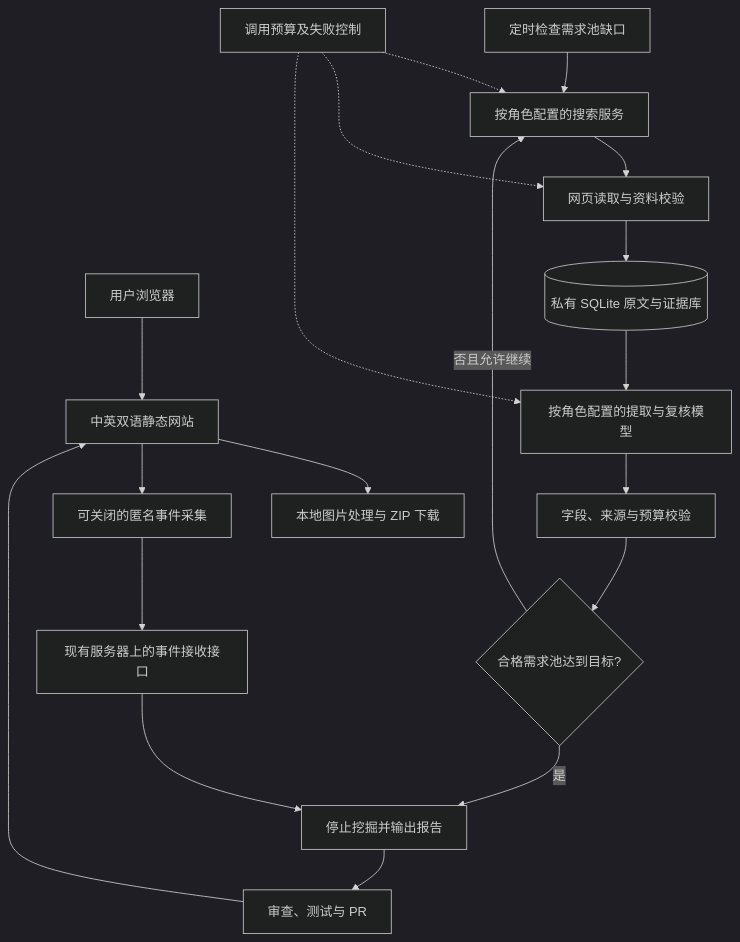
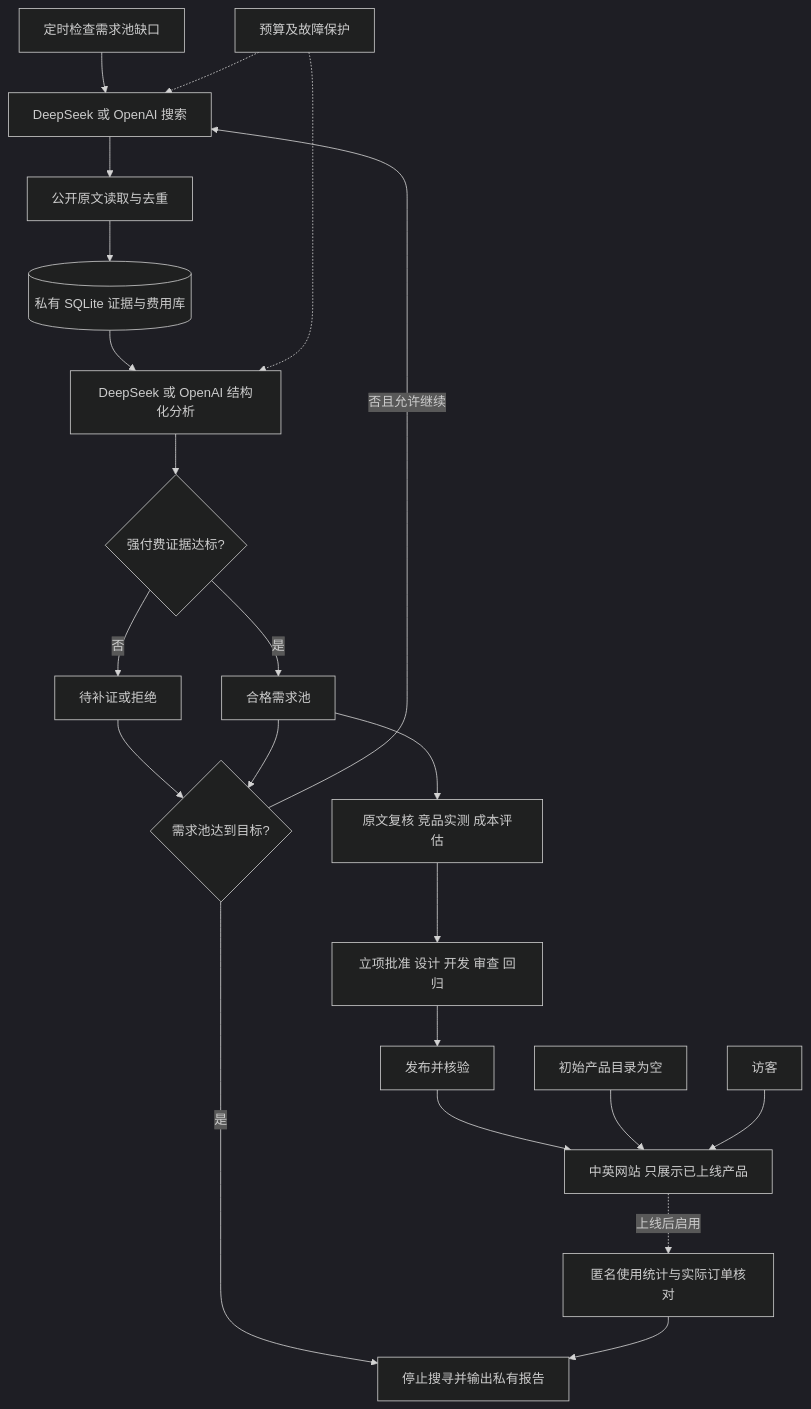
Before and after one commit to yyl1212/creative: the diagram in docs/superpowers/specs/2026-11-08-creative-platform-design.md, drawn with Mermaid (dark theme). The commit also changed other lines of this file, not shown here.

````diff
--- a/docs/superpowers/specs/2026-11-08-creative-platform-design.md
+++ b/docs/superpowers/specs/2026-11-08-creative-platform-design.md
@@ -67,21 +82,24 @@
 ```mermaid
 flowchart TB
-    U[用户浏览器] --> W[中英双语静态网站]
-    W --> L[本地图片处理与 ZIP 下载]
-    W --> M[可关闭的匿名事件采集]
-    M --> ME[现有服务器上的事件接收接口]
-    T[定时检查需求池缺口] --> S[按角色配置的搜索服务]
-    S --> F[网页读取与资料校验]
-    F --> DB[(私有 SQLite 原文与证据库)]
-    DB --> AI[按角色配置的提取与复核模型]
-    AI --> V[字段、来源与预算校验]
-    V --> Q{合格需求池达到目标?}
+    T[定时检查需求池缺口] --> S[DeepSeek 或 OpenAI 搜索]
+    S --> F[公开原文读取与去重]
+    F --> DB[(私有 SQLite 证据与费用库)]
+    DB --> AI[DeepSeek 或 OpenAI 结构化分析]
+    AI --> P{强付费证据达标?}
+    P -- 否 --> C[待补证或拒绝]
+    P -- 是 --> N[合格需求池]
+    C --> Q{需求池达到目标?}
+    N --> Q
     Q -- 否且允许继续 --> S
-    Q -- 是 --> R[停止挖掘并输出报告]
-    R --> G[审查、测试与 PR]
-    G --> W
-    ME --> R
-    B[调用预算及失败控制] -.-> S
-    B -.-> F
+    Q -- 是 --> R[停止搜寻并输出私有报告]
+    N --> A[原文复核 竞品实测 成本评估]
+    A --> G[立项批准 设计 开发 审查 回归]
+    G --> D[发布并核验]
+    D --> W[中英网站 只展示已上线产品]
+    E[初始产品目录为空] --> W
+    U[访客] --> W
+    W -. 上线后启用 .-> M[匿名使用统计与实际订单核对]
+    M --> R
+    B[预算及故障保护] -.-> S
     B -.-> AI
 ```
````
